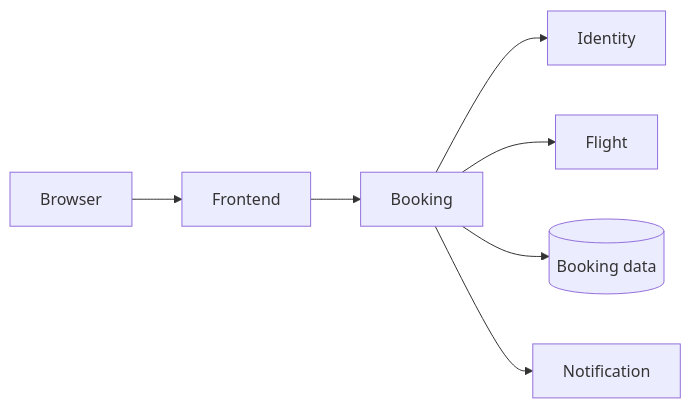
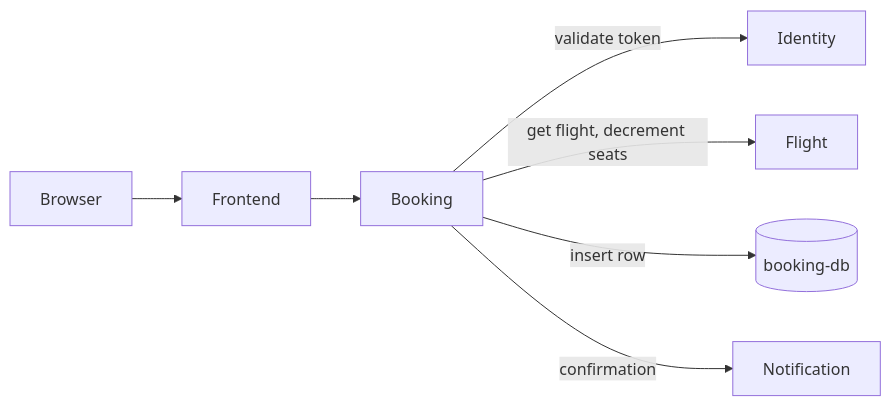
Before and after one commit to darshan-raul/apollo11-docs: the diagram in docs/start/apollo-airlines.md, drawn with Mermaid. The commit also changed other lines of this file and 27 other files, not shown here.

````diff
--- a/docs/start/apollo-airlines.md
+++ b/docs/start/apollo-airlines.md
@@ -17,9 +27,9 @@
 ```mermaid
 flowchart LR
   B[Browser] --> F[Frontend]
   F --> K[Booking]
-  K --> I[Identity]
-  K --> FL[Flight]
-  K --> DB[(Booking data)]
-  K --> N[Notification]
+  K -->|validate token| I[Identity]
+  K -->|get flight, decrement seats| FL[Flight]
+  K -->|insert row| DB[(booking-db)]
+  K -->|confirmation| N[Notification]
 ```
````
